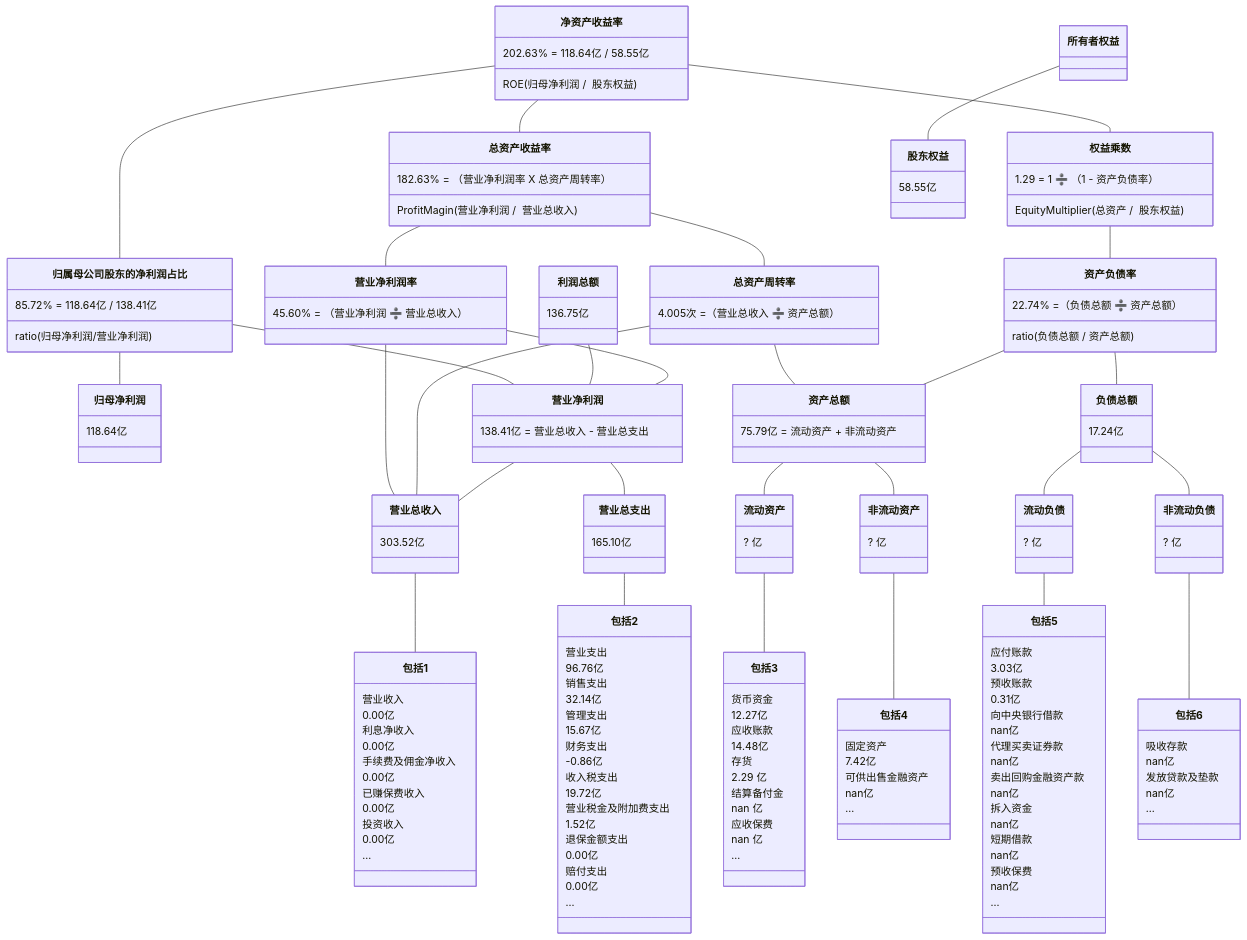
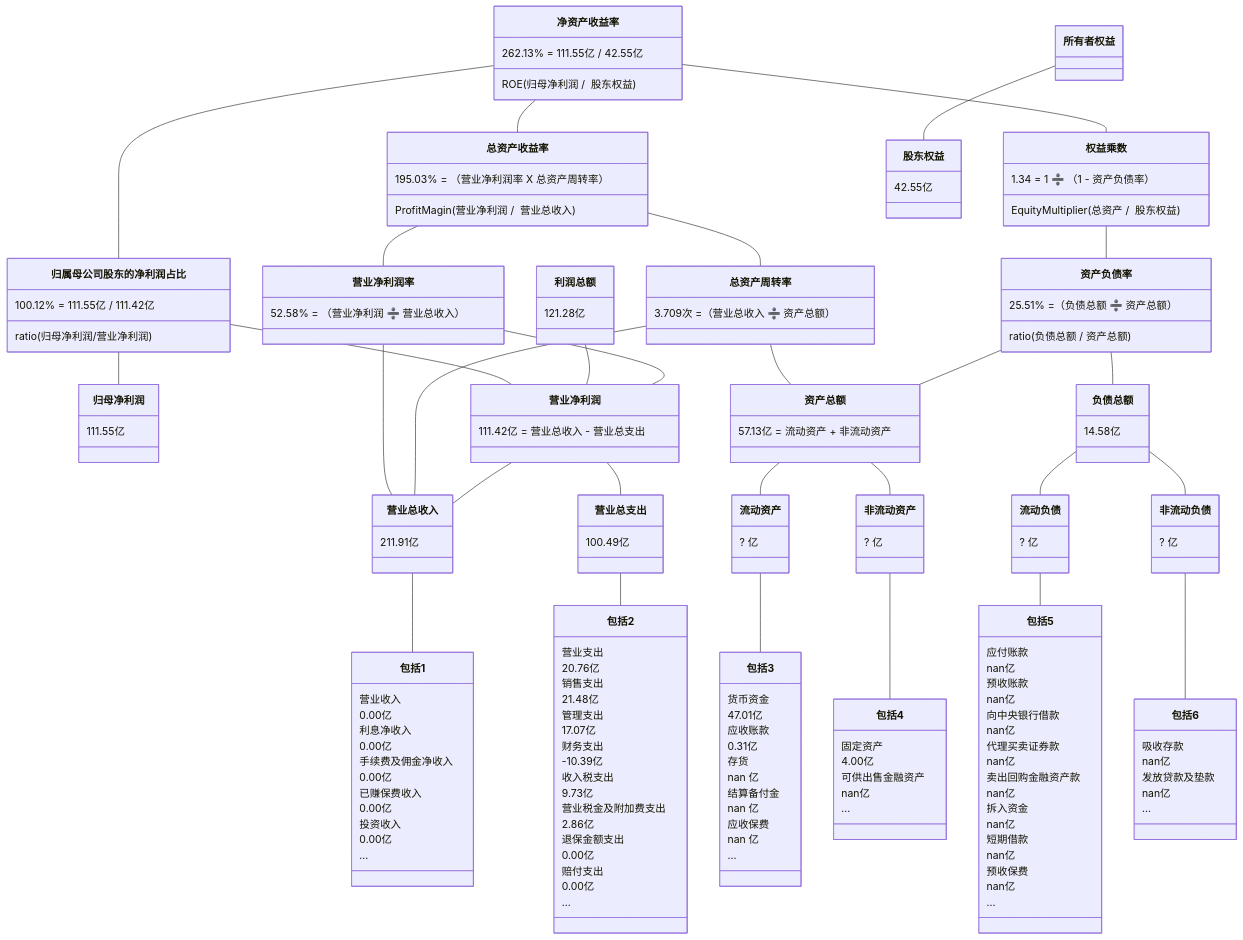
The eighth of 10 diagrams in 2/2.md (TheVeryDarkness/cs410), drawn with Mermaid before and after one commit. The commit also changed other lines of this file and 59 other files, not shown here.

````diff
--- a/2/2.md
+++ b/2/2.md
@@ -1107,45 +1139,45 @@
 ```mermaid
 classDiagram
 净资产收益率 -- 总资产收益率
-    净资产收益率 : 202.63% = 118.64亿 / 58.55亿
+    净资产收益率 : 262.13% = 111.55亿 / 42.55亿
     净资产收益率 : ROE(归母净利润 /  股东权益)
-    总资产收益率 : 182.63% = （营业净利润率 X 总资产周转率）
+    总资产收益率 : 195.03% = （营业净利润率 X 总资产周转率）
     总资产收益率 : ProfitMagin(营业净利润 /  营业总收入)
 净资产收益率 -- 归属母公司股东的净利润占比
-	  归属母公司股东的净利润占比 : 85.72% = 118.64亿 / 138.41亿
+	  归属母公司股东的净利润占比 : 100.12% = 111.55亿 / 111.42亿
 	  归属母公司股东的净利润占比 : ratio(归母净利润/营业净利润)
 归属母公司股东的净利润占比 -- 归母净利润
-    归母净利润 : 118.64亿
+    归母净利润 : 111.55亿
 归属母公司股东的净利润占比 -- 营业净利润
-利润总额 : 136.75亿
+利润总额 : 121.28亿
 利润总额 -- 营业净利润
 净资产收益率 -- 权益乘数
-    权益乘数 : 1.29 = 1 ➗ （1 - 资产负债率）
+    权益乘数 : 1.34 = 1 ➗ （1 - 资产负债率）
     权益乘数 : EquityMultiplier(总资产 /  股东权益)
 
 总资产收益率 -- 营业净利润率
-    营业净利润率 : 45.60% = （营业净利润 ➗ 营业总收入）
+    营业净利润率 : 52.58% = （营业净利润 ➗ 营业总收入）
 总资产收益率 -- 总资产周转率
-    总资产周转率 : 4.005次 =（营业总收入 ➗ 资产总额）
+    总资产周转率 : 3.709次 =（营业总收入 ➗ 资产总额）
 权益乘数 -- 资产负债率
-    资产负债率  : 22.74% =（负债总额 ➗ 资产总额）
+    资产负债率  : 25.51% =（负债总额 ➗ 资产总额）
     资产负债率  : ratio(负债总额 / 资产总额)
 
 营业净利润率 -- 营业净利润
-    营业净利润 : 138.41亿 = 营业总收入 - 营业总支出
+    营业净利润 : 111.42亿 = 营业总收入 - 营业总支出
 营业净利润率 -- 营业总收入
 总资产周转率 -- 营业总收入
 总资产周转率 -- 资产总额
-    资产总额 : 75.79亿 = 流动资产 + 非流动资产
+    资产总额 : 57.13亿 = 流动资产 + 非流动资产
 资产负债率 -- 负债总额
-    负债总额 : 17.24亿
+    负债总额 : 14.58亿
 资产负债率 -- 资产总额
 
 
 营业净利润 -- 营业总收入
-    营业总收入 : 303.52亿
+    营业总收入 : 211.91亿
 营业净利润 -- 营业总支出
-    营业总支出 : 165.10亿
+    营业总支出 : 100.49亿
 资产总额 -- 流动资产
 	  流动资产 : ? 亿
 资产总额 -- 非流动资产
@@ -1169,17 +1201,17 @@
     包括1 : ...
 营业总支出 -- 包括2
     包括2 : 营业支出
-    包括2 : 96.76亿
+    包括2 : 20.76亿
     包括2 : 销售支出
-    包括2 : 32.14亿
+    包括2 : 21.48亿
     包括2 : 管理支出
-    包括2 : 15.67亿
+    包括2 : 17.07亿
     包括2 : 财务支出
-    包括2 : -0.86亿
+    包括2 : -10.39亿
     包括2 : 收入税支出
-    包括2 : 19.72亿
+    包括2 : 9.73亿
     包括2 : 营业税金及附加费支出
-    包括2 : 1.52亿
+    包括2 : 2.86亿
     包括2 : 退保金额支出
     包括2 : 0.00亿
     包括2 : 赔付支出
@@ -1187,11 +1219,11 @@
     包括2 : ...
 流动资产 -- 包括3
     包括3 : 货币资金
-    包括3 : 12.27亿
+    包括3 : 47.01亿
     包括3 : 应收账款
-    包括3 : 14.48亿
+    包括3 : 0.31亿
     包括3 : 存货
-    包括3 : 2.29 亿
+    包括3 : nan 亿
     包括3 : 结算备付金
     包括3 : nan 亿
     包括3 : 应收保费
@@ -1199,15 +1231,15 @@
     包括3 : ...
 非流动资产 -- 包括4
     包括4 : 固定资产
-    包括4 : 7.42亿
+    包括4 : 4.00亿
     包括4 : 可供出售金融资产
     包括4 : nan亿
     包括4 : ...
 流动负债 -- 包括5
     包括5 : 应付账款
-    包括5 : 3.03亿
+    包括5 : nan亿
     包括5 : 预收账款
-    包括5 : 0.31亿
+    包括5 : nan亿
     包括5 : 向中央银行借款
     包括5 : nan亿
     包括5 : 代理买卖证券款
@@ -1228,5 +1260,5 @@
     包括6 : nan亿
     包括6 : ...
 所有者权益 -- 股东权益
-    股东权益 : 58.55亿
+    股东权益 : 42.55亿
 ```
````
